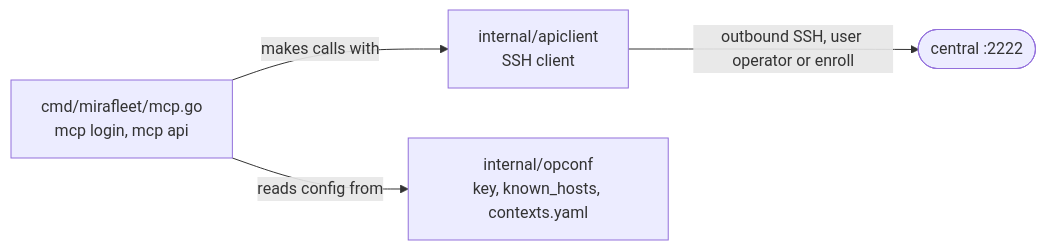
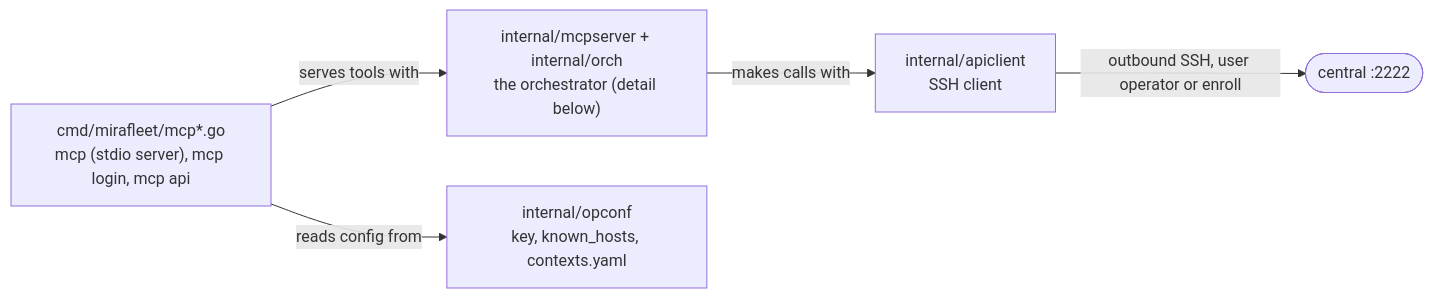
The first of 9 diagrams in docs/guide/03-architecture.md (mirastacklabs-ai/mirafleet), drawn with Mermaid before and after one commit. The commit also changed other lines of this file and 82 other files, not shown here.

````diff
--- a/docs/guide/03-architecture.md
+++ b/docs/guide/03-architecture.md
@@ -123,10 +127,12 @@
 ```mermaid
 flowchart LR
-  MCP["cmd/mirafleet/mcp.go<br/>mcp login, mcp api"]
+  MCP["cmd/mirafleet/mcp*.go<br/>mcp (stdio server), mcp login, mcp api"]
+  ORC["internal/mcpserver + internal/orch<br/>the orchestrator (detail below)"]
   AC["internal/apiclient<br/>SSH client"]
   OC["internal/opconf<br/>key, known_hosts, contexts.yaml"]
   CEN(["central :2222"])
-  MCP -- "makes calls with" --> AC
+  MCP -- "serves tools with" --> ORC
+  ORC -- "makes calls with" --> AC
   MCP -- "reads config from" --> OC
   AC -- "outbound SSH, user operator or enroll" --> CEN
 ```
````
